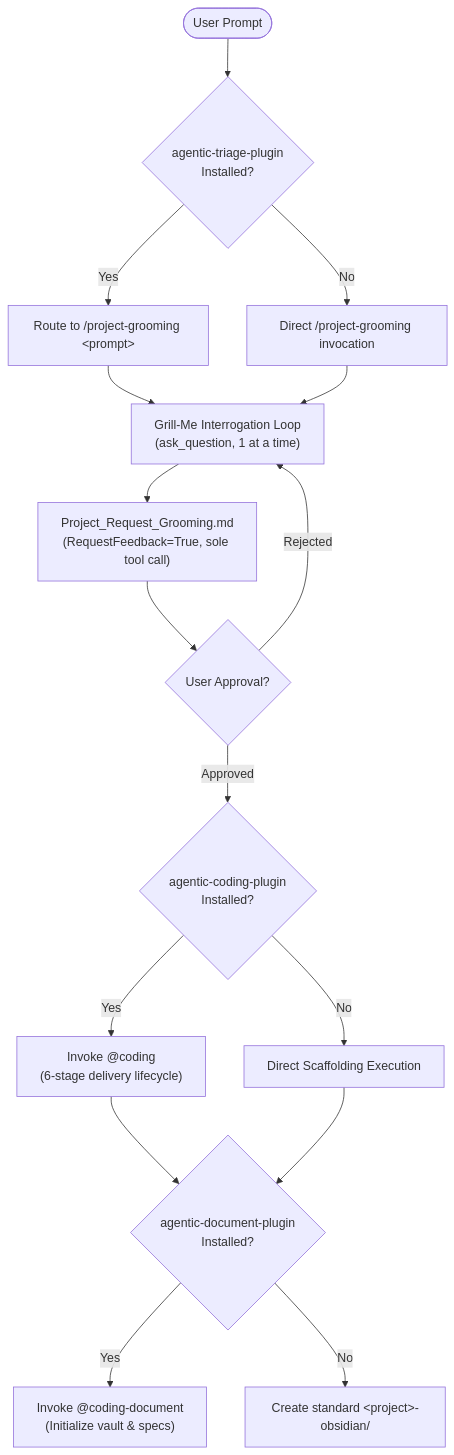
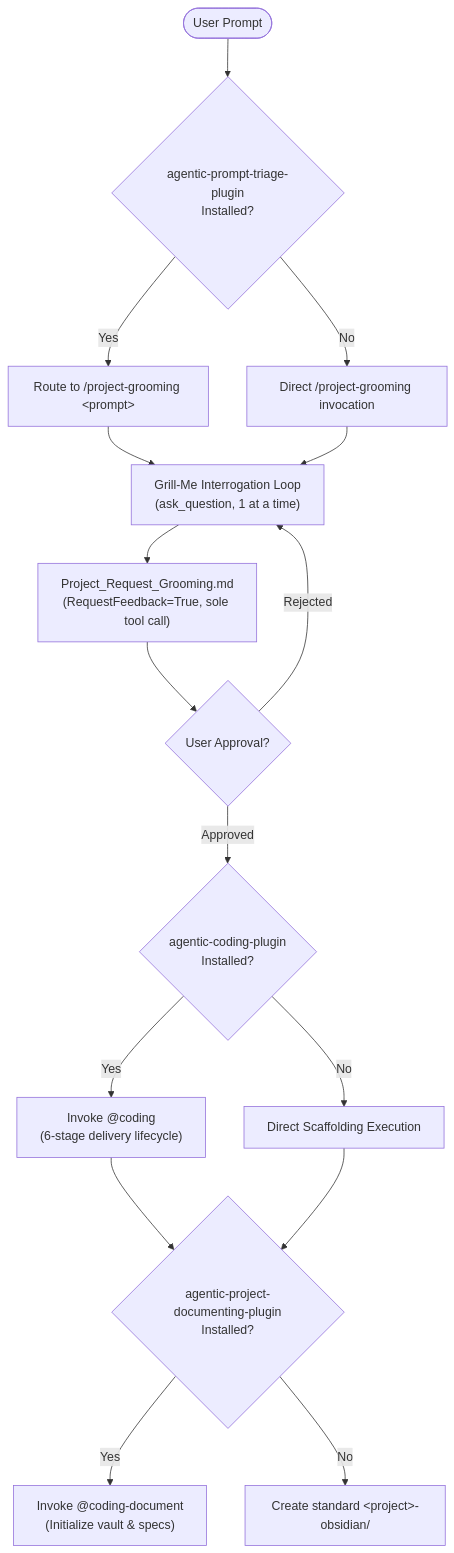
One commit to gpfister/agentic-obsidian changed the diagram in plugins/agentic-project-grooming-plugin.md. Above: the diagram before and after it, drawn with Mermaid. The commit also changed other lines of this file and 17 other files, not shown here.

````diff
--- a/plugins/agentic-project-grooming-plugin.md
+++ b/plugins/agentic-project-grooming-plugin.md
@@ -83,23 +83,23 @@
 ```mermaid
 flowchart TD
-    Prompt(["User Prompt"]) --> Triage{"agentic-triage-plugin<br/>Installed?"}
+    Prompt(["User Prompt"]) --> Triage{"agentic-prompt-triage-plugin<br/>Installed?"}
     Triage -->|"Yes"| Route["Route to /project-grooming &lt;prompt&gt;"]
     Triage -->|"No"| Manual["Direct /project-grooming invocation"]
     
     Route --> GrillMe["Grill-Me Interrogation Loop<br/>(ask_question, 1 at a time)"]
     Manual --> GrillMe
     
     GrillMe --> Artifact["Project_Request_Grooming.md<br/>(RequestFeedback=True, sole tool call)"]
     Artifact --> Gate{"User Approval?"}
     Gate -->|"Approved"| CodingCheck{"agentic-coding-plugin<br/>Installed?"}
     Gate -->|"Rejected"| GrillMe
     
     CodingCheck -->|"Yes"| CallCoding["Invoke @coding<br/>(6-stage delivery lifecycle)"]
     CodingCheck -->|"No"| LocalScaffold["Direct Scaffolding Execution"]
     
-    CallCoding --> DocCheck{"agentic-document-plugin<br/>Installed?"}
+    CallCoding --> DocCheck{"agentic-project-documenting-plugin<br/>Installed?"}
     LocalScaffold --> DocCheck
     
     DocCheck -->|"Yes"| CallDoc["Invoke @coding-document<br/>(Initialize vault & specs)"]
     DocCheck -->|"No"| LocalDoc["Create standard &lt;project&gt;-obsidian/"]
 ```
````
